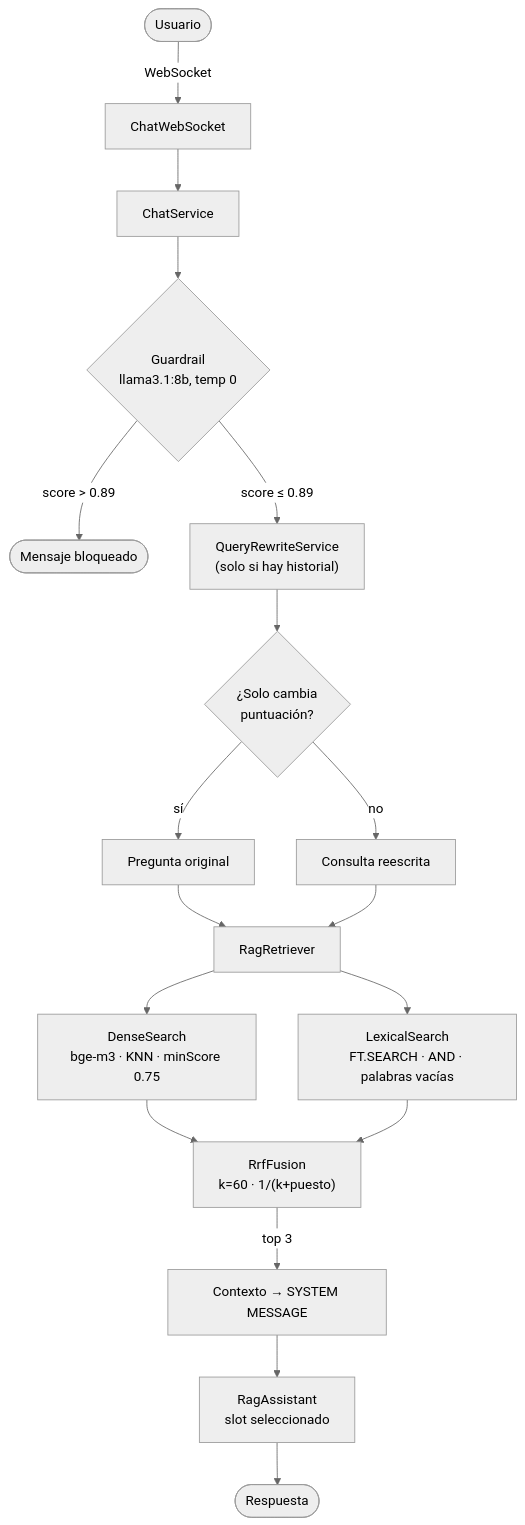
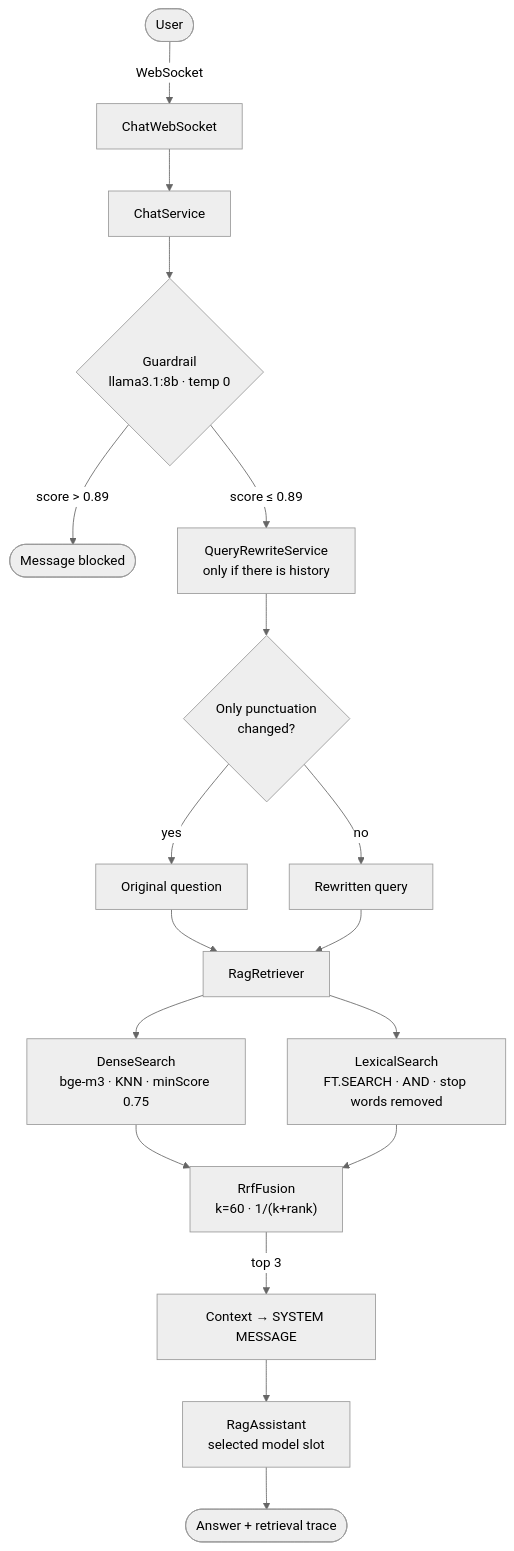
One commit to Pisonero22/RAG-System-Final-Degree-Project changed the first of 2 diagrams in README.md. Above: the diagram before and after it, drawn with Mermaid (neutral theme). The commit also changed other lines of this file and 1 other file, not shown here.

Commit message:
docs: write project README with benchmark and architecture

````diff
--- a/README.md
+++ b/README.md
@@ -15,20 +142,20 @@
 ```mermaid
 flowchart TD
-    U([Usuario]) -->|WebSocket| WS[ChatWebSocket]
+    U([User]) -->|WebSocket| WS[ChatWebSocket]
     WS --> CS[ChatService]
-    CS --> G{"Guardrail<br/>llama3.1:8b, temp 0"}
-    G -->|score &gt; 0.89| BLOCK([Mensaje bloqueado])
-    G -->|score ≤ 0.89| QR["QueryRewriteService<br/>(solo si hay historial)"]
-    QR --> PG{"¿Solo cambia<br/>puntuación?"}
-    PG -->|sí| ORIG[Pregunta original]
-    PG -->|no| REW[Consulta reescrita]
+    CS --> G{"Guardrail<br/>llama3.1:8b · temp 0"}
+    G -->|score &gt; 0.89| BLOCK([Message blocked])
+    G -->|score ≤ 0.89| QR["QueryRewriteService<br/>only if there is history"]
+    QR --> PG{"Only punctuation<br/>changed?"}
+    PG -->|yes| ORIG[Original question]
+    PG -->|no| REW[Rewritten query]
     ORIG --> RET[RagRetriever]
     REW --> RET
     RET --> D["DenseSearch<br/>bge-m3 · KNN · minScore 0.75"]
-    RET --> L["LexicalSearch<br/>FT.SEARCH · AND · palabras vacías"]
-    D --> F["RrfFusion<br/>k=60 · 1/(k+puesto)"]
+    RET --> L["LexicalSearch<br/>FT.SEARCH · AND · stop words removed"]
+    D --> F["RrfFusion<br/>k=60 · 1/(k+rank)"]
     L --> F
-    F -->|top 3| CTX["Contexto → SYSTEM MESSAGE"]
-    CTX --> A["RagAssistant<br/>slot seleccionado"]
-    A --> R([Respuesta])
+    F -->|top 3| CTX["Context → SYSTEM MESSAGE"]
+    CTX --> A["RagAssistant<br/>selected model slot"]
+    A --> R([Answer + retrieval trace])
 ```
````
